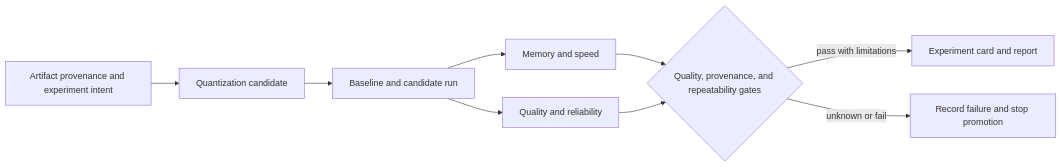
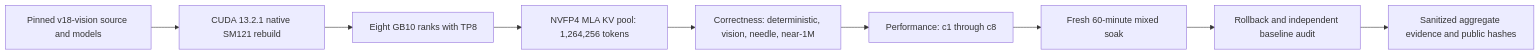
The diagram in docs/ARCHITECTURE.md (GumbiiDigital/spark-nvfp4-lab-public), drawn with Mermaid before and after one commit. The commit also changed 30 other files, not shown here.

First line of the commit message:
Publish the GLM-5.2-Vision NVFP4 reproduction

````diff
--- a/docs/ARCHITECTURE.md
+++ b/docs/ARCHITECTURE.md
@@ -1,11 +1,11 @@
 ```mermaid
 flowchart LR
-    P["Artifact provenance and experiment intent"] --> Q["Quantization candidate"]
-    Q --> B["Baseline and candidate run"]
-    B --> M["Memory and speed"]
-    B --> E["Quality and reliability"]
-    M --> G{"Quality, provenance, and repeatability gates"}
-    E --> G
-    G -->|pass with limitations| C["Experiment card and report"]
-    G -->|unknown or fail| U["Record failure and stop promotion"]
+    S["Pinned v18-vision source and models"] --> B["CUDA 13.2.1 native SM121 rebuild"]
+    B --> C["Eight GB10 ranks with TP8"]
+    C --> K["NVFP4 MLA KV pool: 1,264,256 tokens"]
+    K --> V["Correctness: deterministic, vision, needle, near-1M"]
+    V --> P["Performance: c1 through c8"]
+    P --> T["Fresh 60-minute mixed soak"]
+    T --> R["Rollback and independent baseline audit"]
+    R --> E["Sanitized aggregate evidence and public hashes"]
 ```
````
